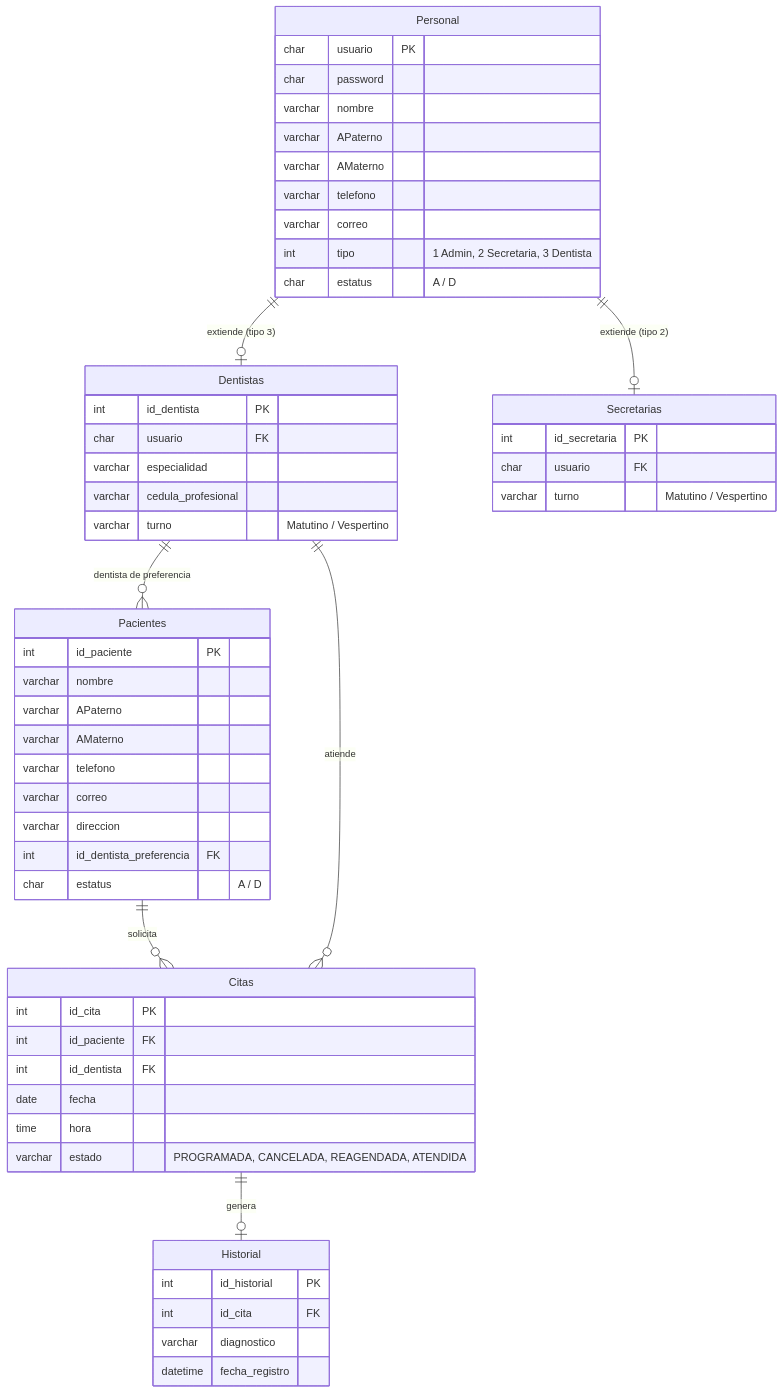
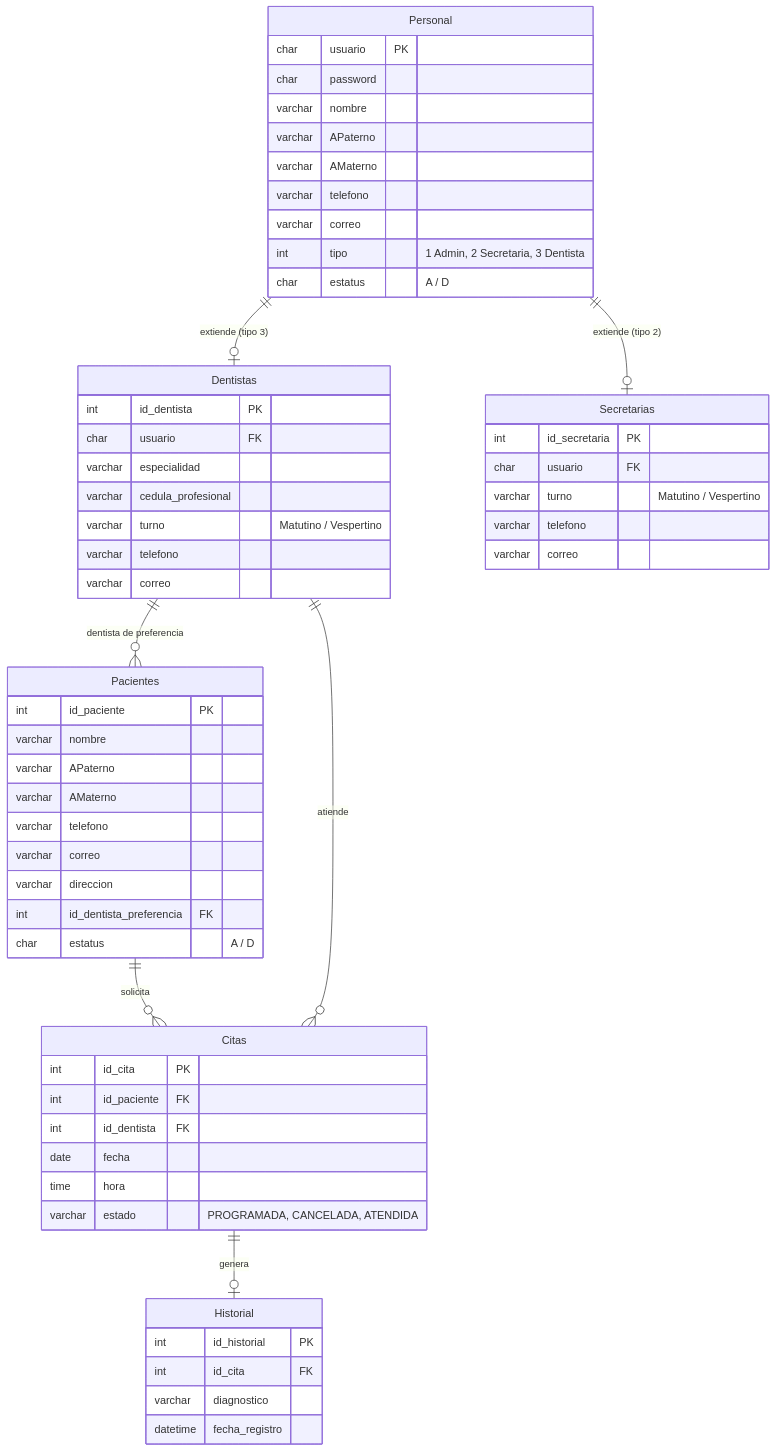
One commit to edufv26/CitasMedicas changed the third of 3 diagrams in README.md. Above: the diagram before and after it, drawn with Mermaid. The commit also changed other lines of this file and 4 other files, not shown here.

````diff
--- a/README.md
+++ b/README.md
@@ -204,58 +216,62 @@
 ```mermaid
 erDiagram
     Personal ||--o| Dentistas : "extiende (tipo 3)"
     Personal ||--o| Secretarias : "extiende (tipo 2)"
     Dentistas ||--o{ Pacientes : "dentista de preferencia"
     Pacientes ||--o{ Citas : "solicita"
     Dentistas ||--o{ Citas : "atiende"
     Citas ||--o| Historial : "genera"
 
     Personal {
         char usuario PK
         char password
         varchar nombre
         varchar APaterno
         varchar AMaterno
         varchar telefono
         varchar correo
         int tipo "1 Admin, 2 Secretaria, 3 Dentista"
         char estatus "A / D"
     }
     Dentistas {
         int id_dentista PK
         char usuario FK
         varchar especialidad
         varchar cedula_profesional
         varchar turno "Matutino / Vespertino"
+        varchar telefono
+        varchar correo
     }
     Secretarias {
         int id_secretaria PK
         char usuario FK
         varchar turno "Matutino / Vespertino"
+        varchar telefono
+        varchar correo
     }
     Pacientes {
         int id_paciente PK
         varchar nombre
         varchar APaterno
         varchar AMaterno
         varchar telefono
         varchar correo
         varchar direccion
         int id_dentista_preferencia FK
         char estatus "A / D"
     }
     Citas {
         int id_cita PK
         int id_paciente FK
         int id_dentista FK
         date fecha
         time hora
-        varchar estado "PROGRAMADA, CANCELADA, REAGENDADA, ATENDIDA"
+        varchar estado "PROGRAMADA, CANCELADA, ATENDIDA"
     }
     Historial {
         int id_historial PK
         int id_cita FK
         varchar diagnostico
         datetime fecha_registro
     }
 ```
````
